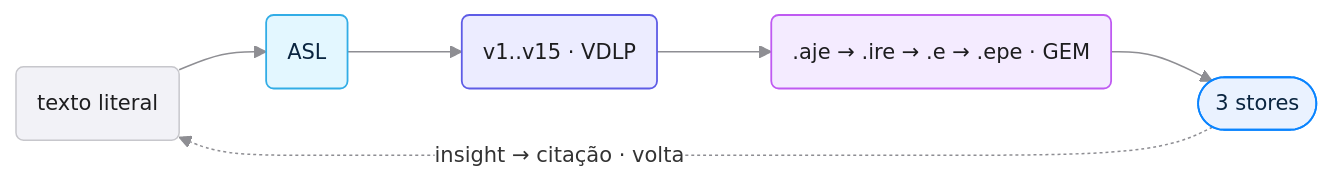
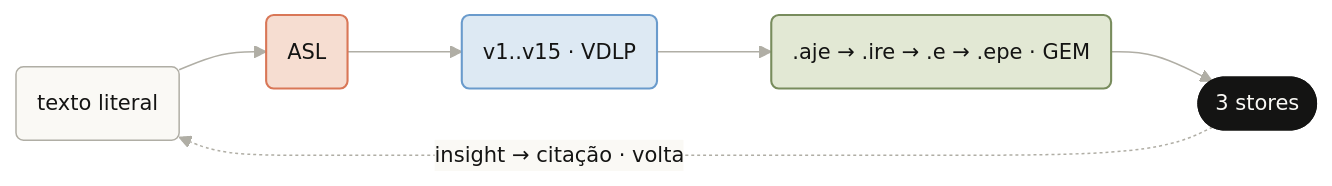
Before and after one commit to myselfgus/patient-memory: the eighth of 8 diagrams in README.md, drawn with Mermaid. The commit also changed other lines of this file, not shown here.

Commit message:
style(readme): aplica identidade de marca Anthropic (Poppins + paleta areia/tinta + acentos orange/blue/green); remove mindmap do Espaco Mental

````diff
--- a/README.md
+++ b/README.md
@@ -461,20 +453,20 @@
 ```mermaid
-%%{init: {"theme":"base","themeVariables":{"fontFamily":"-apple-system, BlinkMacSystemFont, Segoe UI, Helvetica, Arial, sans-serif","fontSize":"14px","lineColor":"#8E8E93","edgeLabelBackground":"#FFFFFF"},"flowchart":{"curve":"basis","htmlLabels":true,"padding":14,"nodeSpacing":48,"rankSpacing":58}}}%%
+%%{init: {"theme":"base","themeVariables":{"fontFamily":"Poppins, Arial, Helvetica, sans-serif","fontSize":"14px","primaryColor":"#faf9f5","primaryTextColor":"#141413","primaryBorderColor":"#b0aea5","lineColor":"#b0aea5","edgeLabelBackground":"#faf9f5"},"flowchart":{"curve":"basis","htmlLabels":true,"padding":14,"nodeSpacing":48,"rankSpacing":58}}}%%
 flowchart LR
     L("texto literal") --> A("ASL")
     A --> D("v1..v15 · VDLP")
     D --> G(".aje → .ire → .e → .epe · GEM")
     G --> S(["3 stores"])
     S -.->|"insight → citação · volta"| L
 
-    classDef teal fill:#E3F7FF,stroke:#32ADE6,stroke-width:1.2px,color:#0A2540
-    classDef indigo fill:#ECECFF,stroke:#5E5CE6,stroke-width:1.2px,color:#1D1D1F
-    classDef purple fill:#F4EBFF,stroke:#BF5AF2,stroke-width:1.2px,color:#1D1D1F
-    classDef blue fill:#EAF2FF,stroke:#0A84FF,stroke-width:1.2px,color:#0A2540
-    classDef gray fill:#F2F2F7,stroke:#C7C7CC,stroke-width:1px,color:#1D1D1F
-    class L gray
-    class A teal
-    class D indigo
-    class G purple
-    class S blue
+    classDef orange fill:#f6ddd1,stroke:#d97757,stroke-width:1.4px,color:#141413
+    classDef blue fill:#dde9f3,stroke:#6a9bcc,stroke-width:1.4px,color:#141413
+    classDef green fill:#e2e8d4,stroke:#788c5d,stroke-width:1.4px,color:#141413
+    classDef sand fill:#faf9f5,stroke:#b0aea5,stroke-width:1px,color:#141413
+    classDef ink fill:#141413,stroke:#141413,stroke-width:1px,color:#faf9f5
+    class L sand
+    class A orange
+    class D blue
+    class G green
+    class S ink
 ```
````
